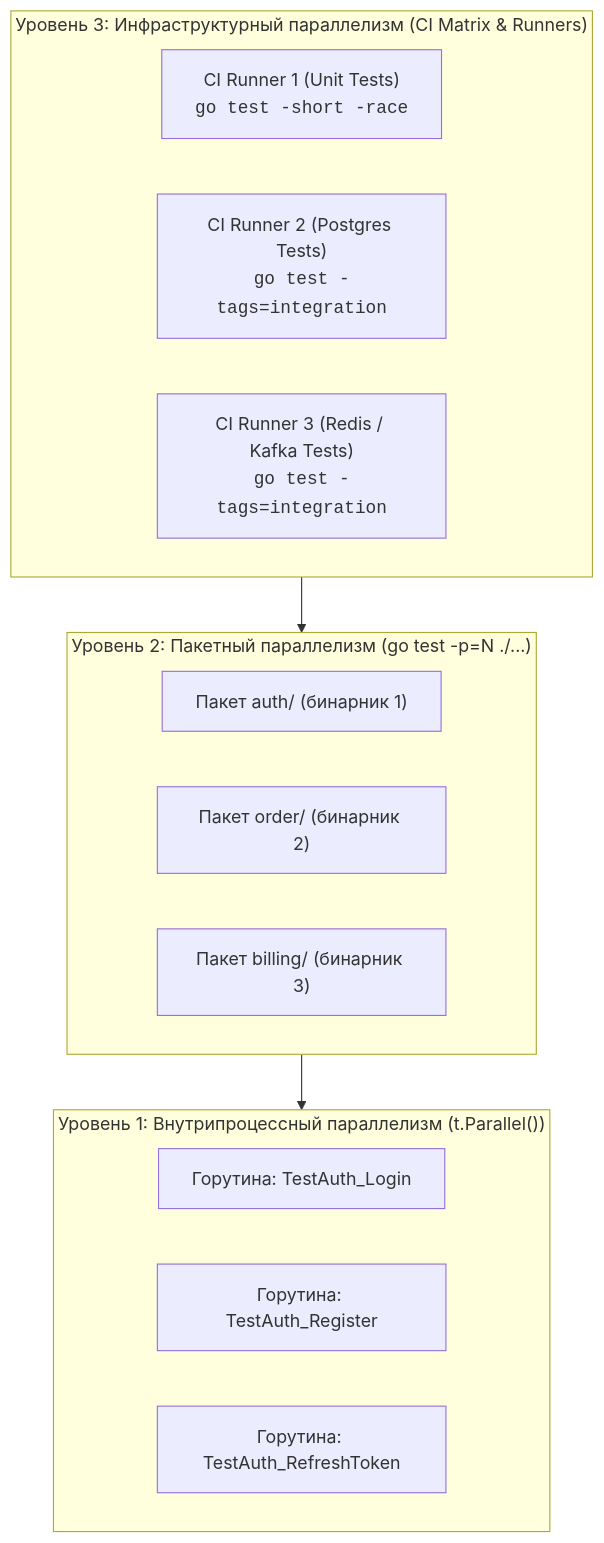
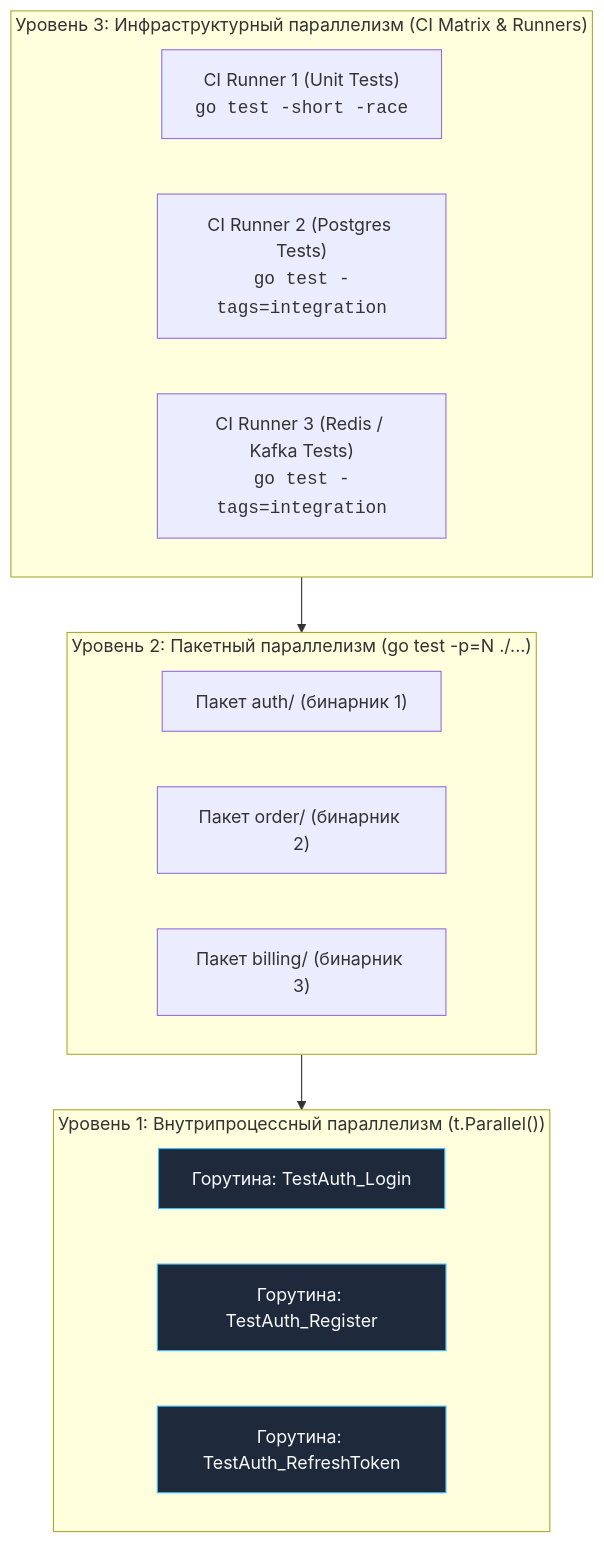
The diagram in sources/15. Тестирование в Go (QA & Testing)/10. Практика и CI/4. Параллелизм в CI.md (UnrealTemplier/go-textbook), drawn with Mermaid before and after one commit. The commit also changed 1666 other files, not shown here.

First line of the commit message:
feat(mermaid): add semantic color classDef to 1369 colorless flowchart/graph diagrams

````diff
--- a/sources/15. Тестирование в Go (QA & Testing)/10. Практика и CI/4. Параллелизм в CI.md
+++ b/sources/15. Тестирование в Go (QA & Testing)/10. Практика и CI/4. Параллелизм в CI.md
@@ -11,19 +11,29 @@
 ```mermaid
 flowchart TD
+    classDef process  fill:#1e293b,stroke:#38bdf8,stroke-width:1px,color:#f8fafc
+    classDef success  fill:#064e3b,stroke:#34d399,stroke-width:1px,color:#f8fafc
+    classDef error    fill:#7f1d1d,stroke:#f87171,stroke-width:1px,color:#f8fafc
+    classDef warning  fill:#78350f,stroke:#fbbf24,stroke-width:1px,color:#f8fafc
+    classDef entry    fill:#1e3a5f,stroke:#38bdf8,stroke-width:2px,color:#f8fafc
+    classDef aux      fill:#334155,stroke:#64748b,stroke-width:1px,color:#f8fafc
+    classDef system   fill:#312e81,stroke:#a78bfa,stroke-width:1px,color:#f8fafc
+    classDef data     fill:#132d29,stroke:#2dd4bf,stroke-width:1px,color:#f8fafc
+    classDef network  fill:#881337,stroke:#fb7185,stroke-width:1px,color:#f8fafc
+    classDef accent   fill:#1e1b4b,stroke:#818cf8,stroke-width:1px,color:#f8fafc
     subgraph L3["Уровень 3: Инфраструктурный параллелизм (CI Matrix & Runners)"]
         R1["CI Runner 1 (Unit Tests)<br/><code>go test -short -race</code>"]
         R2["CI Runner 2 (Postgres Tests)<br/><code>go test -tags=integration</code>"]
         R3["CI Runner 3 (Redis / Kafka Tests)<br/><code>go test -tags=integration</code>"]
     end
     subgraph L2["Уровень 2: Пакетный параллелизм (go test -p=N ./...)"]
         P1["Пакет auth/ (бинарник 1)"]
         P2["Пакет order/ (бинарник 2)"]
         P3["Пакет billing/ (бинарник 3)"]
     end
     subgraph L1["Уровень 1: Внутрипроцессный параллелизм (t.Parallel())"]
-        G1["Горутина: TestAuth_Login"]
-        G2["Горутина: TestAuth_Register"]
-        G3["Горутина: TestAuth_RefreshToken"]
+        G1["Горутина: TestAuth_Login"]:::process
+        G2["Горутина: TestAuth_Register"]:::process
+        G3["Горутина: TestAuth_RefreshToken"]:::process
     end
     L3 --> L2 --> L1
 ```
````
